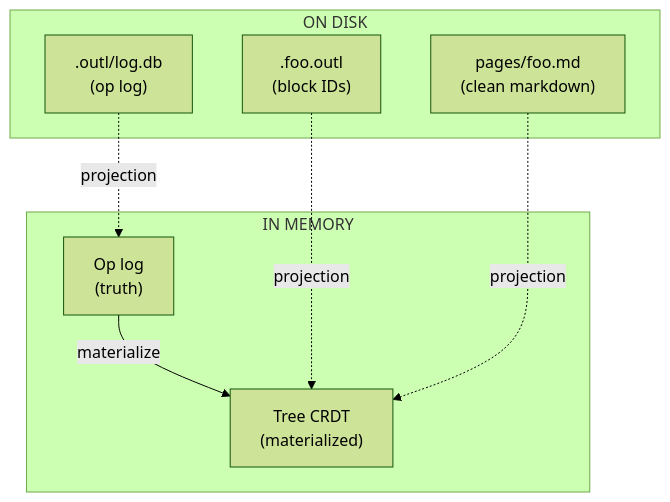
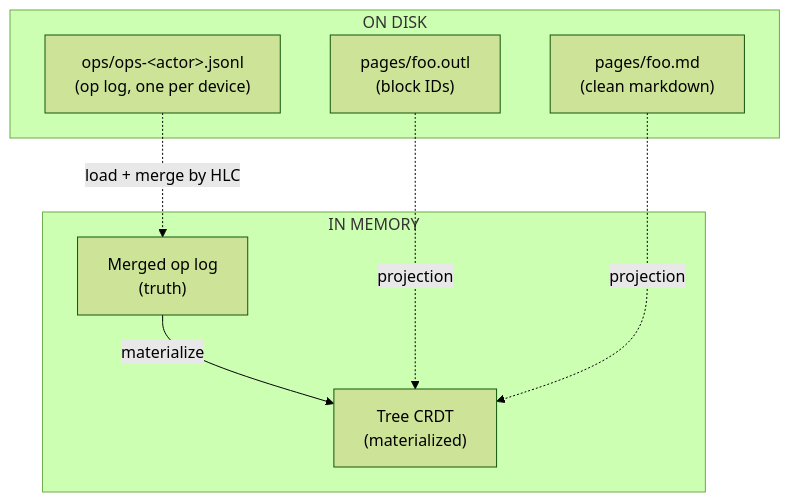
One commit to avelino/outl changed the first of 4 diagrams in docs/sync.md. Above: the diagram before and after it, drawn with Mermaid (forest theme). The commit also changed other lines of this file and 10 other files, not shown here.

First line of the commit message:
Update docs to match the shared-client architecture

````diff
--- a/docs/sync.md
+++ b/docs/sync.md
@@ -86,16 +99,16 @@
 ```mermaid
 flowchart TB
     subgraph DISK["ON DISK"]
         md["pages/foo.md<br/>(clean markdown)"]
-        sc[".foo.outl<br/>(block IDs)"]
-        db[".outl/log.db<br/>(op log)"]
+        sc["pages/foo.outl<br/>(block IDs)"]
+        jsonl["ops/ops-&lt;actor&gt;.jsonl<br/>(op log, one per device)"]
     end
     subgraph MEM["IN MEMORY"]
-        log["Op log<br/>(truth)"]
+        log["Merged op log<br/>(truth)"]
         tree["Tree CRDT<br/>(materialized)"]
         log -->|materialize| tree
     end
-    db -. projection .-> log
+    jsonl -. load + merge by HLC .-> log
     sc -. projection .-> tree
     md -. projection .-> tree
 ```
````
